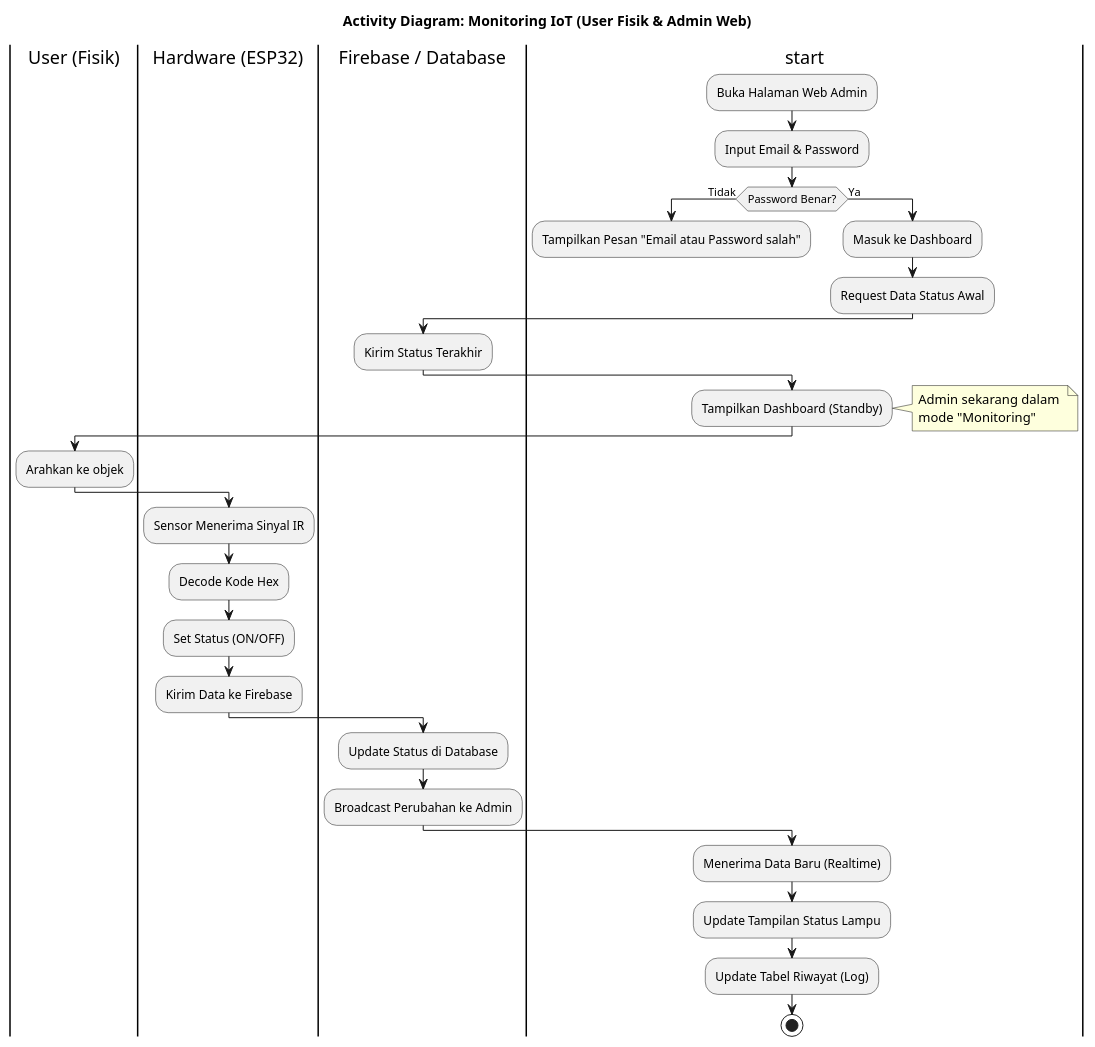
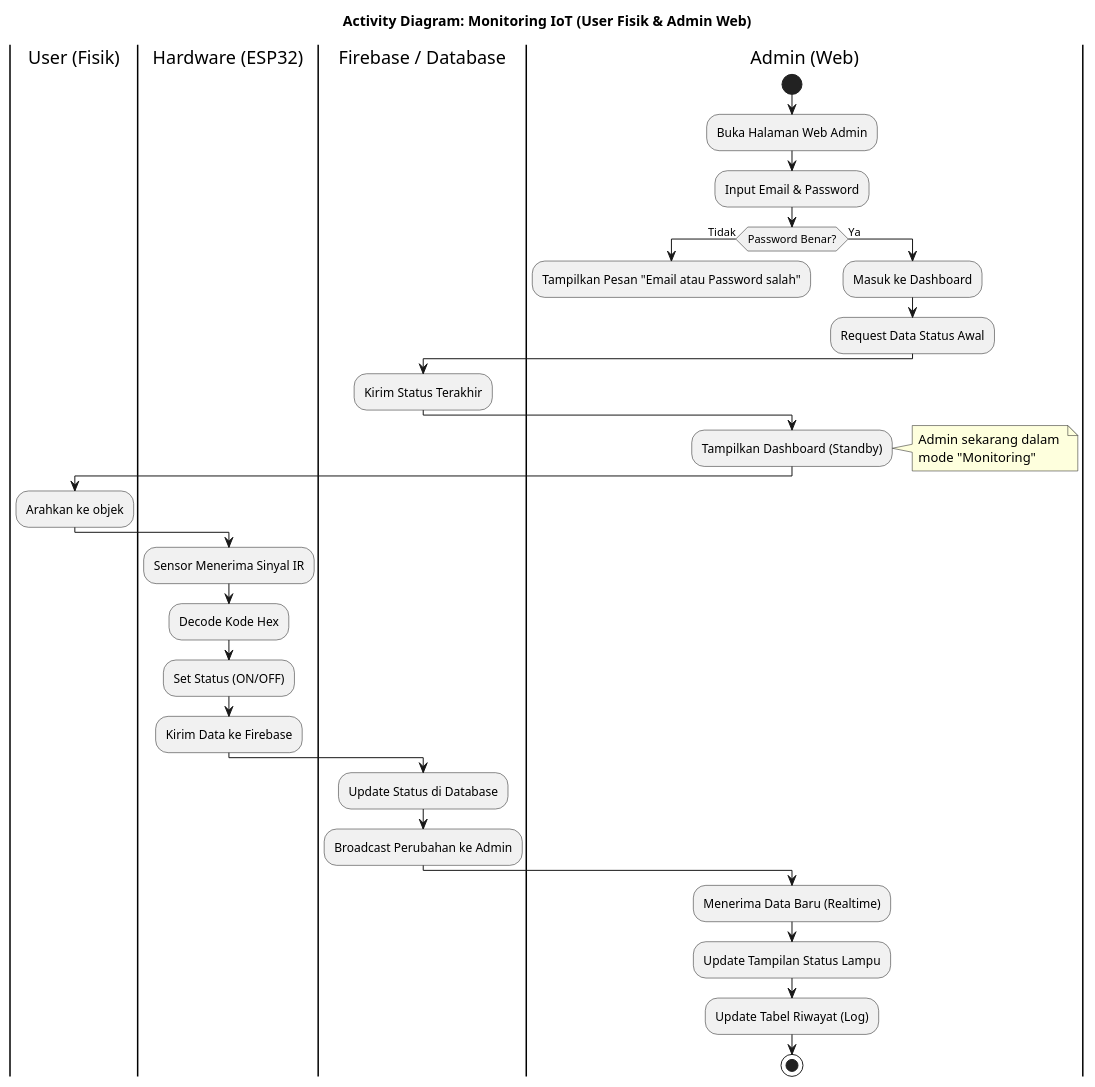
The diagram in UML/ActivityDiagram.puml (C-PPAW-TI503P-2025/PROJECT_Kelompok7_INFRARED), drawn with PlantUML before and after one commit.

Commit message:
Memperbaiki format diagram UML untuk konsistensi dan kejelasan

```diff
--- a/UML/ActivityDiagram.puml
+++ b/UML/ActivityDiagram.puml
@@ -1,56 +1,56 @@
 @startuml
 title Activity Diagram: Monitoring IoT (User Fisik & Admin Web)
 
 ' --- SWIMLANES (AREA KERJA) ---
 |User (Fisik)|
 |Hardware (ESP32)|
 |Firebase / Database|
 |Admin (Web)|
 
 ' --- BAGIAN 1: ADMIN LOGIN (PERSIAPAN) ---
-|Admin (Web)|\
+|Admin (Web)|
 start
 :Buka Halaman Web Admin;
 :Input Email & Password;
 
 if (Password Benar?) then (Tidak)
     :Tampilkan Pesan "Email atau Password salah";
     detach
 else (Ya)
     :Masuk ke Dashboard;
     :Request Data Status Awal;
 endif
 
 |Firebase / Database|
 :Kirim Status Terakhir;
 
 |Admin (Web)|
 :Tampilkan Dashboard (Standby);
 note right
   Admin sekarang dalam 
   mode "Monitoring"
 end note
 
 ' --- BAGIAN 2: USER BERAKSI (REMOTE) ---
 |User (Fisik)|
 :Arahkan ke objek;
 
 |Hardware (ESP32)|
 :Sensor Menerima Sinyal IR;
 :Decode Kode Hex;
 :Set Status (ON/OFF);
 :Kirim Data ke Firebase;
 
 
 ' --- BAGIAN 3: SINKRONISASI (REALTIME) ---
 |Firebase / Database|
 :Update Status di Database;
 :Broadcast Perubahan ke Admin;
 
 |Admin (Web)|
 :Menerima Data Baru (Realtime);
 :Update Tampilan Status Lampu;
 :Update Tabel Riwayat (Log);
 
 stop
 @enduml
```
